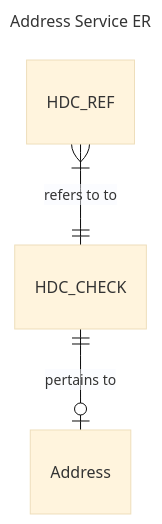
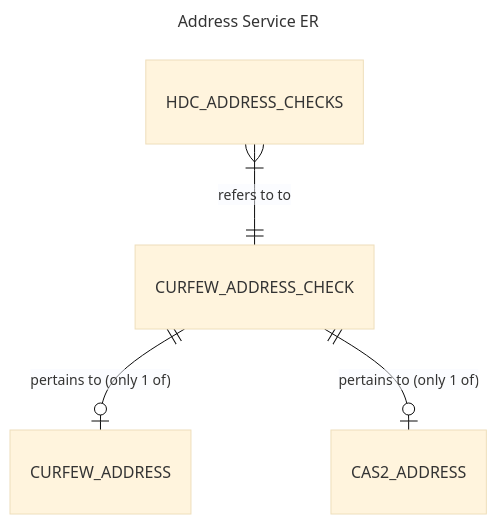
Before and after one commit to ministryofjustice/licences: the diagram in documentation/address_service_er.mermaid, drawn with Mermaid (base theme). The commit also changed other lines of this file and 4 other files, not shown here.

```diff
--- a/documentation/address_service_er.mermaid
+++ b/documentation/address_service_er.mermaid
@@ -1,6 +1,10 @@
 ---
 title: Address Service ER
 ---
 erDiagram
-  HDC_REF }|--|| HDC_CHECK : "refers to to"
-  HDC_CHECK ||--o| Address : "pertains to"
+  HDC_ADDRESS_CHECKS }|--|| CURFEW_ADDRESS_CHECK : "refers to to"
+  HDC_ADDRESS_CHECKS {
+    
+  }
+  CURFEW_ADDRESS_CHECK ||--o| CURFEW_ADDRESS : "pertains to (only 1 of)"
+  CURFEW_ADDRESS_CHECK ||--o| CAS2_ADDRESS : "pertains to (only 1 of)"
```
